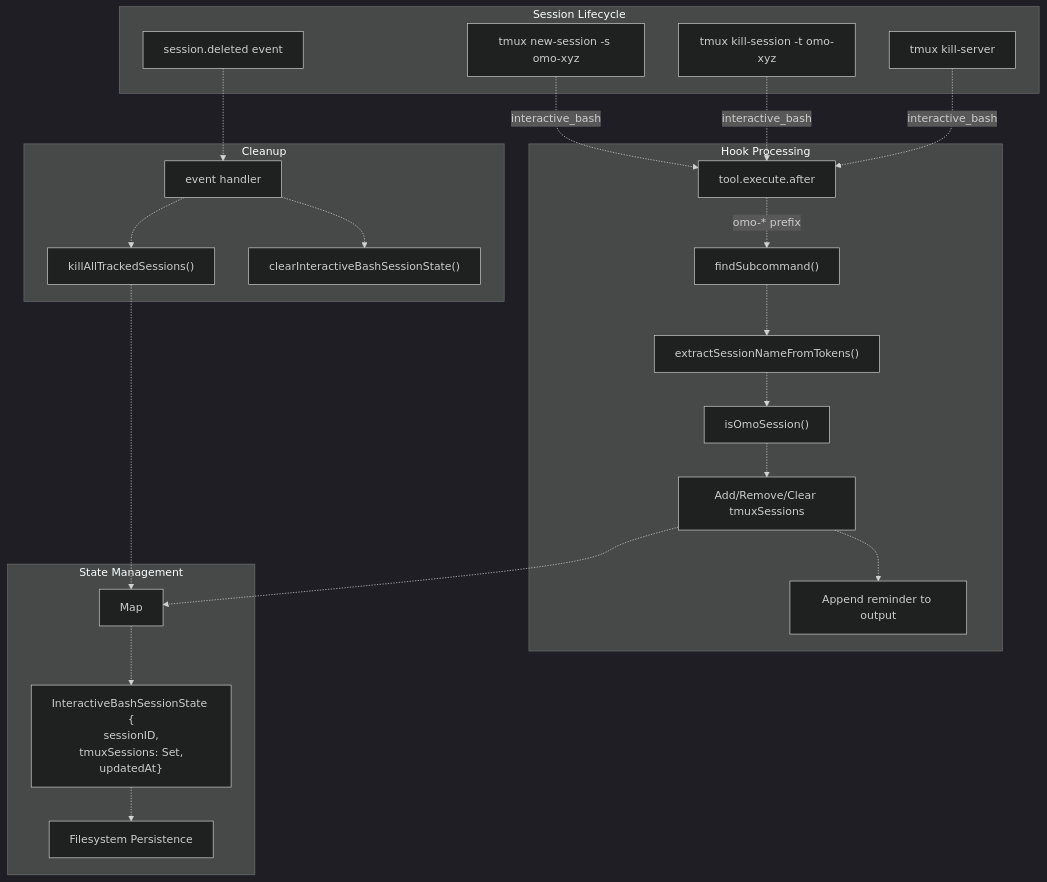
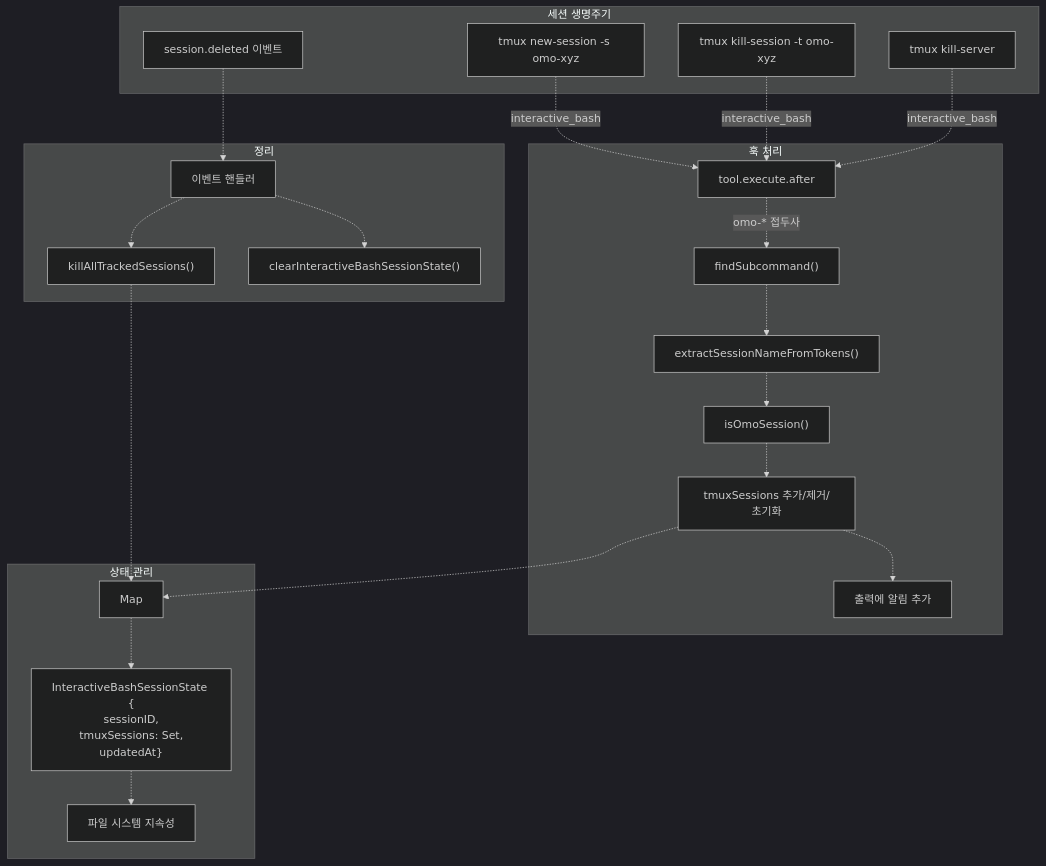
Before and after one commit to felipetruman/oh-my-opencode-docs: the third of 7 diagrams in docs/tools/specialized-tools.md, drawn with Mermaid (dark theme). The commit also changed other lines of this file and 76 other files, not shown here.

````diff
--- a/docs/tools/specialized-tools.md
+++ b/docs/tools/specialized-tools.md
@@ -170,64 +148,64 @@
 ```mermaid
 flowchart TD
 
 NewCmd["tmux new-session -s omo-xyz"]
 KillCmd["tmux kill-session -t omo-xyz"]
 KillServer["tmux kill-server"]
-DeleteEvent["session.deleted event"]
+DeleteEvent["session.deleted 이벤트"]
 StateMap["Map"]
 StateObj["InteractiveBashSessionState {<br>sessionID,<br>tmuxSessions: Set,<br>updatedAt}"]
-Storage["Filesystem Persistence"]
+Storage["파일 시스템 지속성"]
 ToolAfter["tool.execute.after"]
 ExtractSubcmd["findSubcommand()"]
 ExtractSession["extractSessionNameFromTokens()"]
 IsOmo["isOmoSession()"]
-UpdateState["Add/Remove/Clear tmuxSessions"]
-AppendReminder["Append reminder to output"]
-EventHandler["event handler"]
+UpdateState["tmuxSessions 추가/제거/초기화"]
+AppendReminder["출력에 알림 추가"]
+EventHandler["이벤트 핸들러"]
 KillAll["killAllTrackedSessions()"]
 ClearState["clearInteractiveBashSessionState()"]
 
 NewCmd -.->|"interactive_bash"| ToolAfter
 KillCmd -.->|"interactive_bash"| ToolAfter
 KillServer -.->|"interactive_bash"| ToolAfter
 UpdateState -.-> StateMap
 DeleteEvent -.-> EventHandler
 KillAll -.-> StateMap
 
-subgraph Cleanup ["Cleanup"]
+subgraph Cleanup ["정리"]
     EventHandler
     KillAll
     ClearState
     EventHandler -.-> KillAll
     EventHandler -.-> ClearState
 end
 
-subgraph subGraph2 ["Hook Processing"]
+subgraph subGraph2 ["훅 처리"]
     ToolAfter
     ExtractSubcmd
     ExtractSession
     IsOmo
     UpdateState
     AppendReminder
-    ToolAfter -.->|"omo-* prefix"| ExtractSubcmd
+    ToolAfter -.->|"omo-* 접두사"| ExtractSubcmd
     ExtractSubcmd -.-> ExtractSession
     ExtractSession -.-> IsOmo
     IsOmo -.-> UpdateState
     UpdateState -.-> AppendReminder
 end
 
-subgraph subGraph1 ["State Management"]
+subgraph subGraph1 ["상태 관리"]
     StateMap
     StateObj
     Storage
     StateMap -.-> StateObj
     StateObj -.-> Storage
 end
 
-subgraph subGraph0 ["Session Lifecycle"]
+subgraph subGraph0 ["세션 생명주기"]
     NewCmd
     KillCmd
     KillServer
     DeleteEvent
 end
 ```
````
